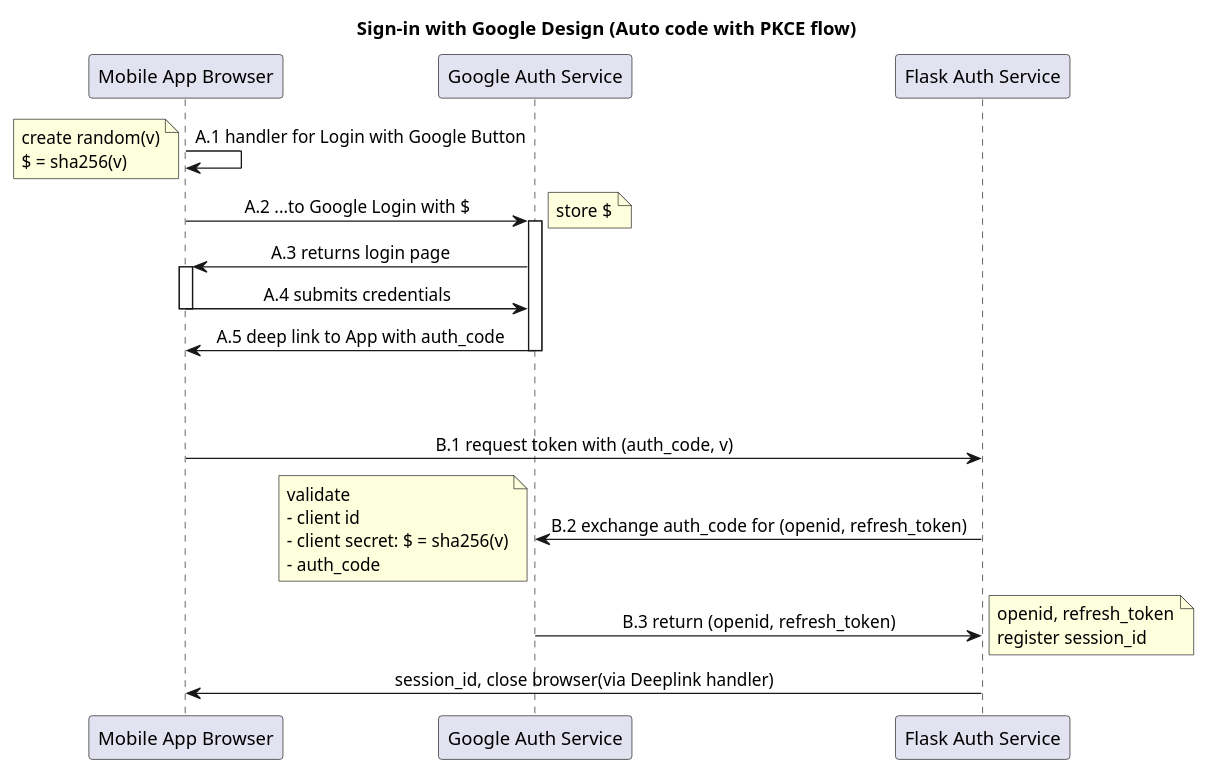
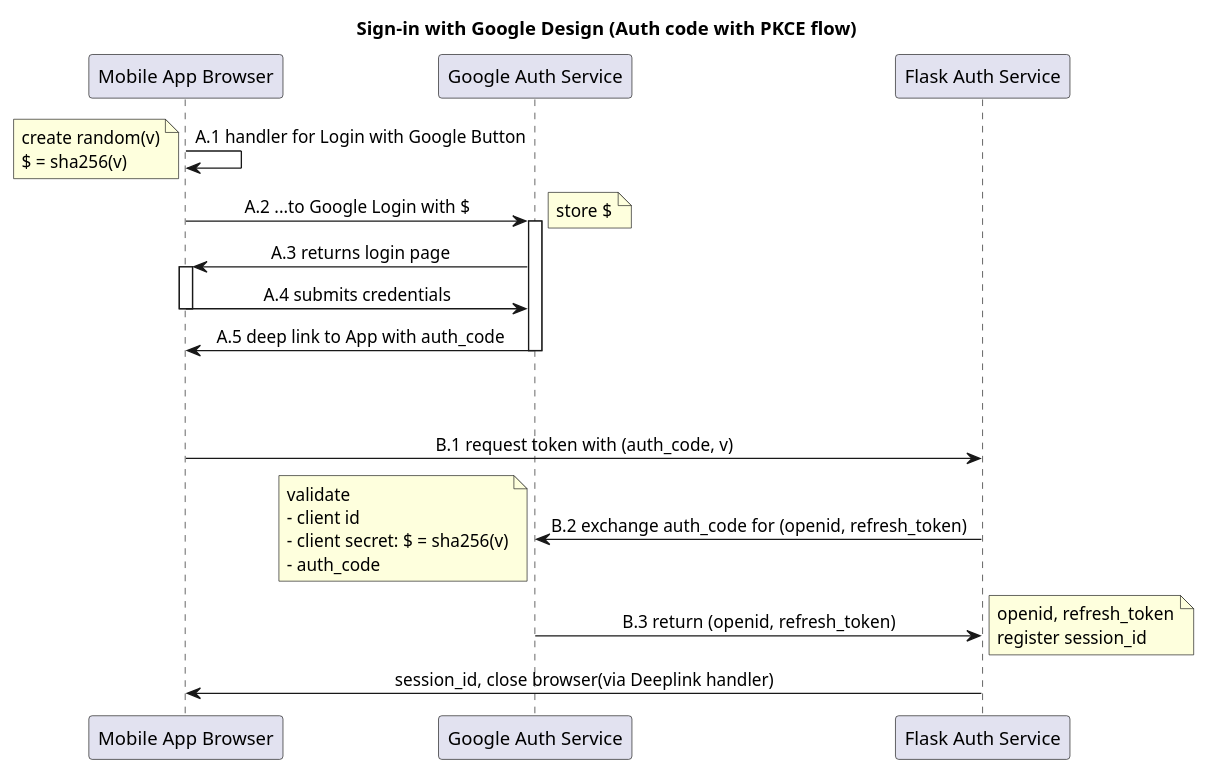
The diagram in img/user-auth-design/login-with-google.wsd (mkmojo/mkmojo.github.io), drawn with PlantUML before and after one commit.

```diff
--- a/img/user-auth-design/login-with-google.wsd
+++ b/img/user-auth-design/login-with-google.wsd
@@ -1,38 +1,38 @@
 @startuml
 skinparam SequenceMessageAlignment center
 
-title Sign-in with Google Design (Auto code with PKCE flow)
+title Sign-in with Google Design (Auth code with PKCE flow)
 "Mobile App Browser" -> "Mobile App Browser" : A.1 handler for Login with Google Button 
 note left
 create random(v)
 $ = sha256(v)
 end note
 
 "Mobile App Browser" -> "Google Auth Service": A.2 ...to Google Login with $
 activate "Google Auth Service"
 note right: store $
 "Mobile App Browser" <- "Google Auth Service": A.3 returns login page
 
 activate "Mobile App Browser"
 "Mobile App Browser" -> "Google Auth Service": A.4 submits credentials
 deactivate "Mobile App Browser"
 "Mobile App Browser" <- "Google Auth Service" : A.5 deep link to App with auth_code
 deactivate "Google Auth Service"
 |||
 |||
 "Mobile App Browser" -> "Flask Auth Service" : B.1 request token with (auth_code, v)
 "Flask Auth Service" -> "Google Auth Service": B.2 exchange auth_code for (openid, refresh_token)
 note left
     validate 
     - client id
     - client secret: $ = sha256(v)
     - auth_code
 end note
 "Google Auth Service" -> "Flask Auth Service": B.3 return (openid, refresh_token)
 note right
     openid, refresh_token
     register session_id
 end note
 "Flask Auth Service" -> "Mobile App Browser": session_id, close browser(via Deeplink handler)
 
 @enduml
```
